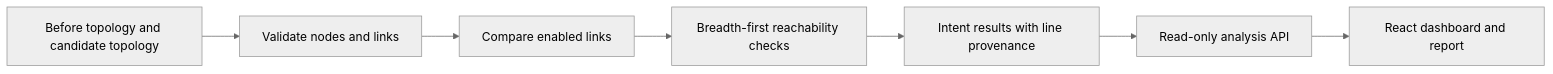
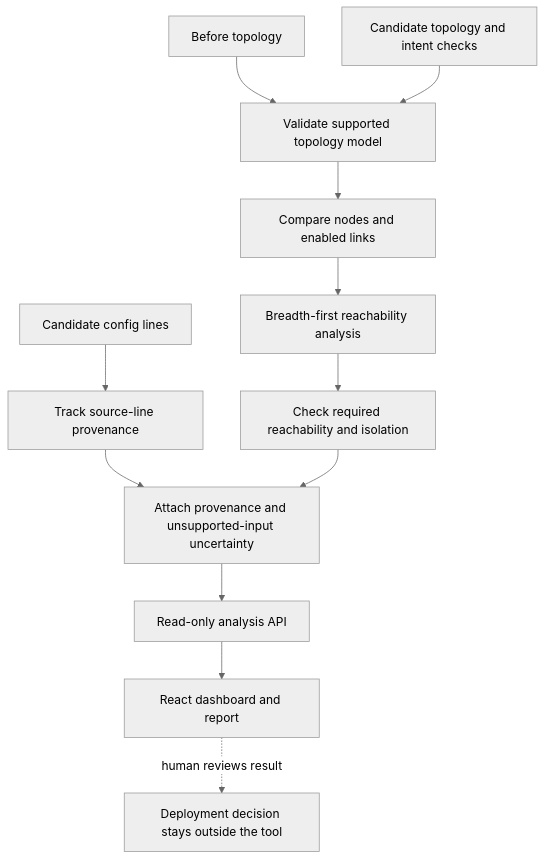
The diagram in README.md (nihalmachhi/ChangeShield), drawn with Mermaid (neutral theme) before and after one commit.

Commit message:
docs: expand README architecture diagram

````diff
--- a/README.md
+++ b/README.md
@@ -17,9 +17,14 @@
 ```mermaid
-flowchart LR
-  A[Before topology and candidate topology] --> B[Validate nodes and links]
-  B --> C[Compare enabled links]
-  C --> D[Breadth-first reachability checks]
-  D --> E[Intent results with line provenance]
-  E --> F[Read-only analysis API]
-  F --> G[React dashboard and report]
+flowchart TD
+  A[Before topology] --> C[Validate supported topology model]
+  B[Candidate topology and intent checks] --> C
+  D[Candidate config lines] --> E[Track source-line provenance]
+  C --> F[Compare nodes and enabled links]
+  F --> G[Breadth-first reachability analysis]
+  G --> H[Check required reachability and isolation]
+  E --> I[Attach provenance and unsupported-input uncertainty]
+  H --> I
+  I --> J[Read-only analysis API]
+  J --> K[React dashboard and report]
+  K -. human reviews result .-> L[Deployment decision stays outside the tool]
 ```
````
